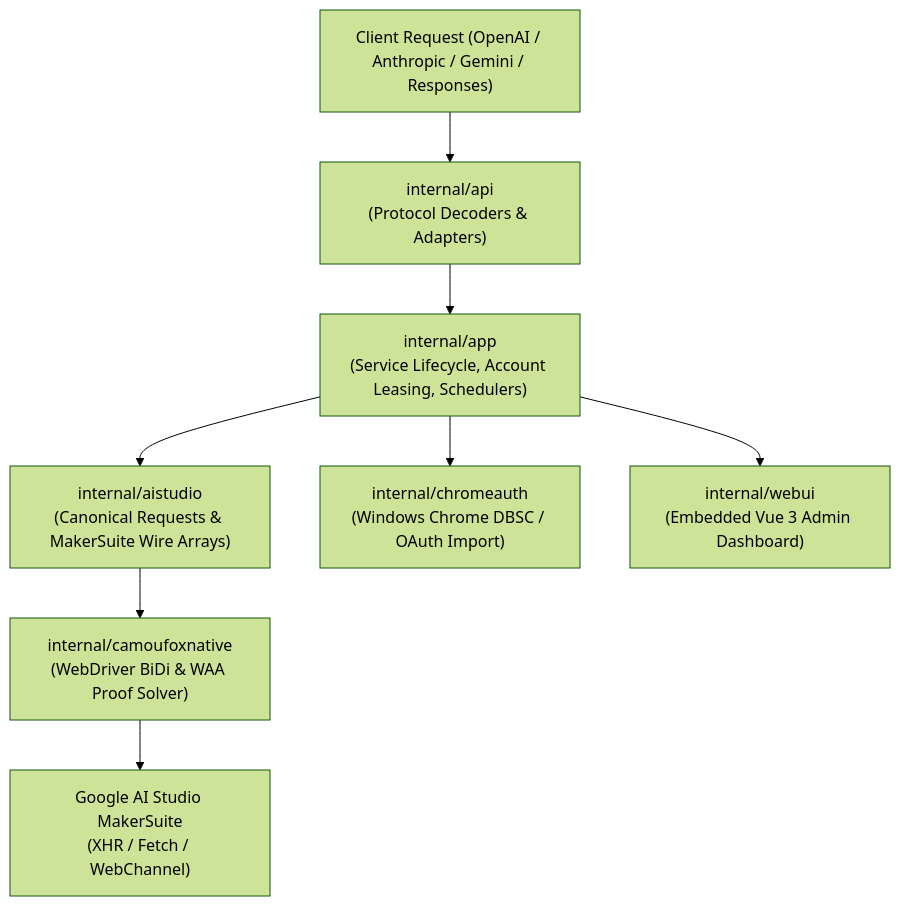
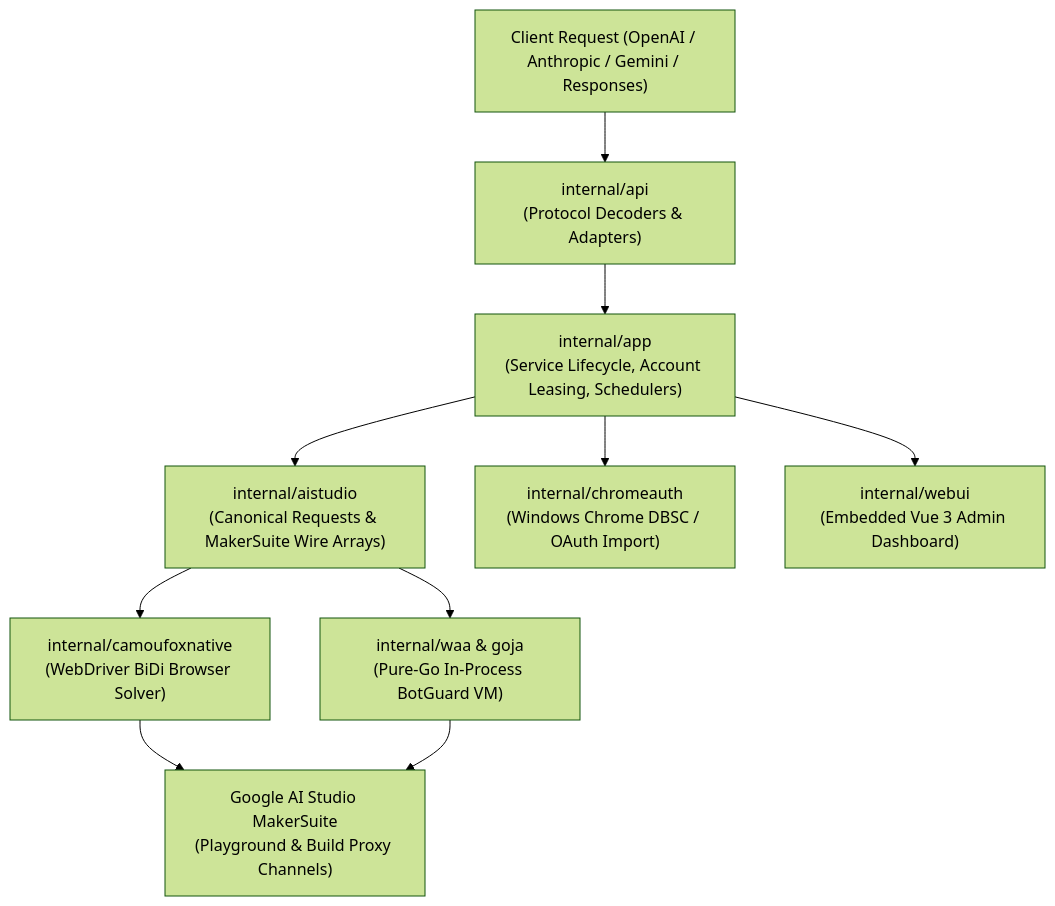
One commit to IllusionOfControl/AIStudio2API changed the diagram in AGENTS.md. Above: the diagram before and after it, drawn with Mermaid (forest theme). The commit also changed other lines of this file and 6 other files, not shown here.

````diff
--- a/AGENTS.md
+++ b/AGENTS.md
@@ -19,10 +19,12 @@
 ```mermaid
 flowchart TD
     Client["Client Request (OpenAI / Anthropic / Gemini / Responses)"] --> API["internal/api<br/>(Protocol Decoders & Adapters)"]
     API --> App["internal/app<br/>(Service Lifecycle, Account Leasing, Schedulers)"]
     App --> AIStudio["internal/aistudio<br/>(Canonical Requests & MakerSuite Wire Arrays)"]
-    AIStudio --> Camoufox["internal/camoufoxnative<br/>(WebDriver BiDi & WAA Proof Solver)"]
-    Camoufox --> Upstream["Google AI Studio MakerSuite<br/>(XHR / Fetch / WebChannel)"]
+    AIStudio --> Camoufox["internal/camoufoxnative<br/>(WebDriver BiDi Browser Solver)"]
+    AIStudio --> GoWAA["internal/waa & goja<br/>(Pure-Go In-Process BotGuard VM)"]
+    Camoufox --> Upstream["Google AI Studio MakerSuite<br/>(Playground & Build Proxy Channels)"]
+    GoWAA --> Upstream
     App --> ChromeAuth["internal/chromeauth<br/>(Windows Chrome DBSC / OAuth Import)"]
     App --> WebUI["internal/webui<br/>(Embedded Vue 3 Admin Dashboard)"]
 ```
````
